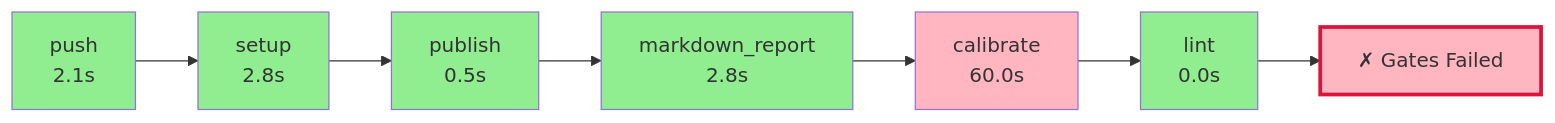
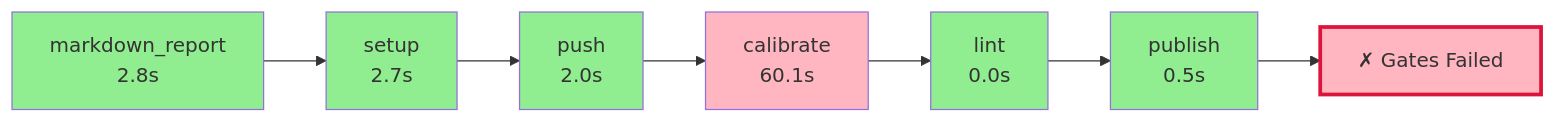
Before and after one commit to wronai/fixos: the diagram in .pyqual/report.md, drawn with Mermaid. The commit also changed other lines of this file and 2 other files, not shown here.

````diff
--- a/.pyqual/report.md
+++ b/.pyqual/report.md
@@ -10,23 +10,23 @@
 ```mermaid
 flowchart LR
-    S0["push<br/>2.1s"]
+    S0["markdown_report<br/>2.8s"]
     style S0 fill:#90EE90
-    S1["setup<br/>2.8s"]
+    S1["setup<br/>2.7s"]
     style S1 fill:#90EE90
     S0 --> S1
-    S2["publish<br/>0.5s"]
+    S2["push<br/>2.0s"]
     style S2 fill:#90EE90
     S1 --> S2
-    S3["markdown_report<br/>2.8s"]
-    style S3 fill:#90EE90
+    S3["calibrate<br/>60.1s"]
+    style S3 fill:#FFB6C1
     S2 --> S3
-    S4["calibrate<br/>60.0s"]
-    style S4 fill:#FFB6C1
+    S4["lint<br/>0.0s"]
+    style S4 fill:#90EE90
     S3 --> S4
-    S5["lint<br/>0.0s"]
+    S5["publish<br/>0.5s"]
     style S5 fill:#90EE90
     S4 --> S5
     G["✗ Gates Failed"]
     style G fill:#FFB6C1,stroke:#DC143C,stroke-width:3px
     S5 --> G
 ```
````
